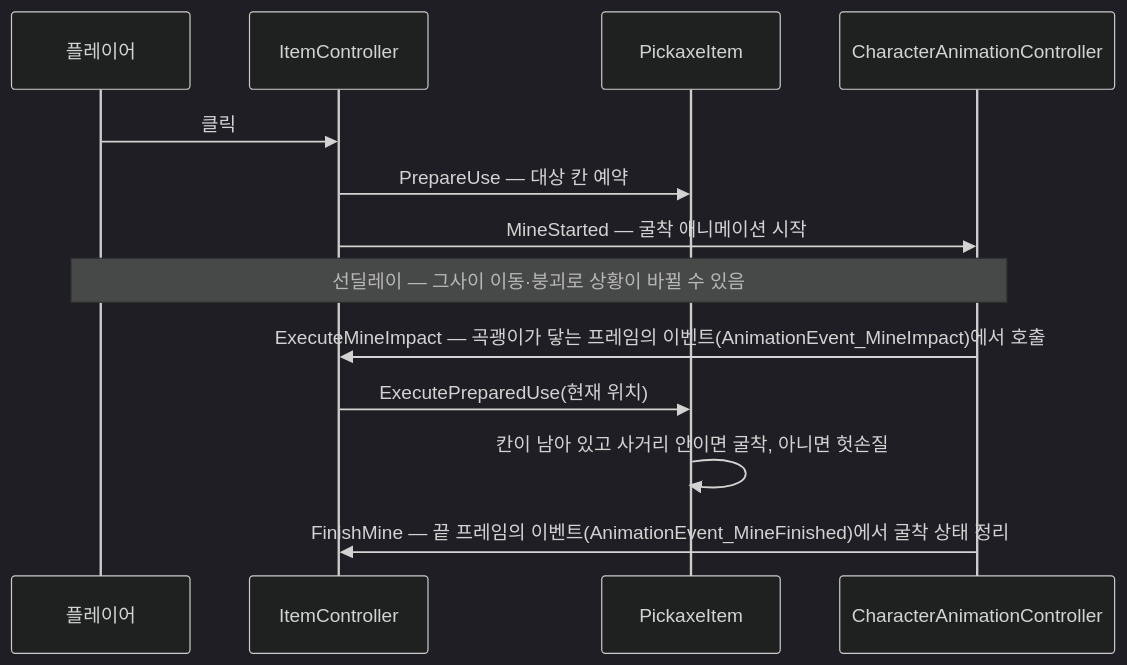
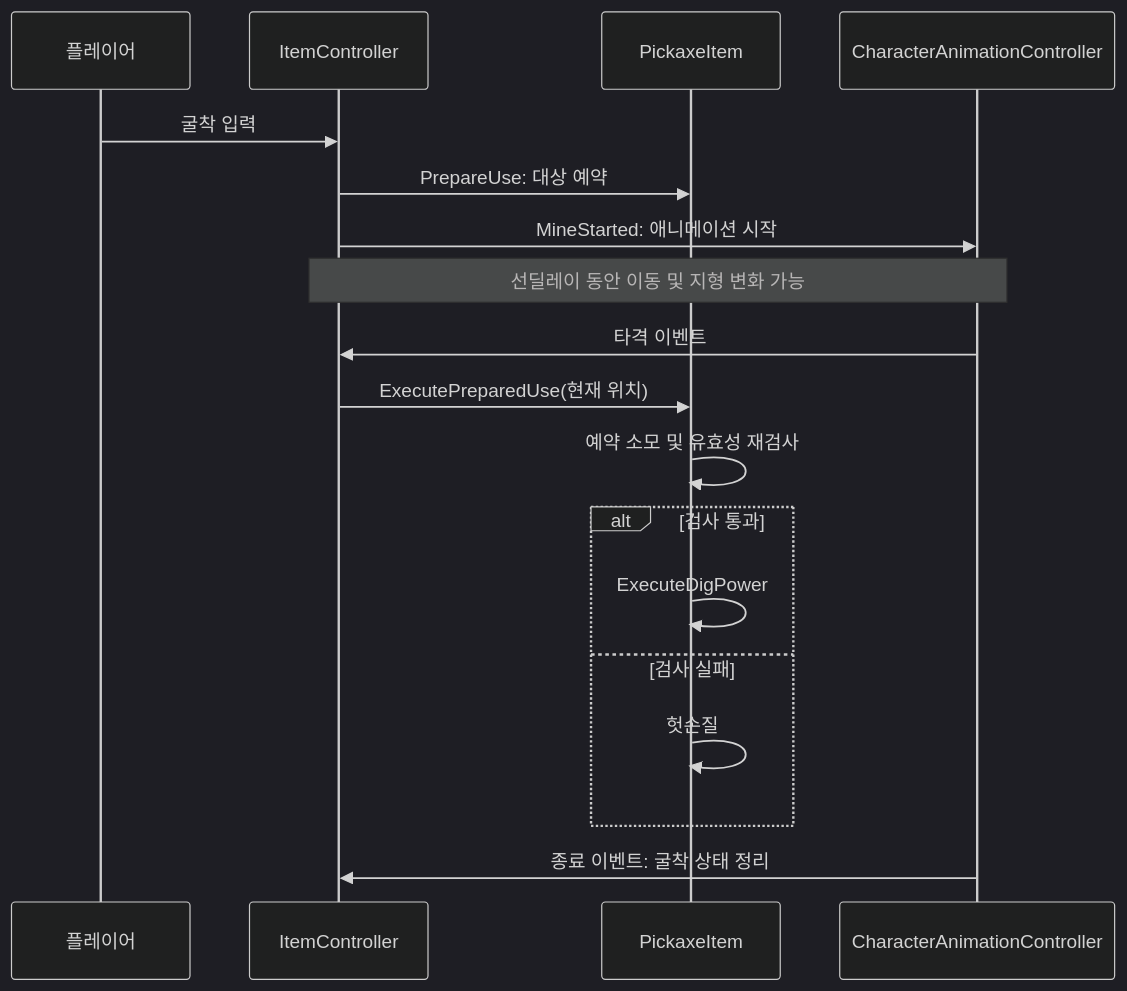
The third of 3 diagrams in src/1-folk-sack/기술문서.md (ashadeveloperr/ashadeveloperr.github.io), drawn with Mermaid (dark theme) before and after one commit. The commit also changed other lines of this file, not shown here.

````diff
--- a/src/1-folk-sack/기술문서.md
+++ b/src/1-folk-sack/기술문서.md
@@ -228,15 +121,20 @@
 ```mermaid
 sequenceDiagram
   participant P as 플레이어
   participant IC as ItemController
   participant PI as PickaxeItem
-  participant CAC as CharacterAnimationController
-  P->>IC: 클릭
-  IC->>PI: PrepareUse — 대상 칸 예약
-  IC->>CAC: MineStarted — 굴착 애니메이션 시작
-  Note over P,CAC: 선딜레이 — 그사이 이동·붕괴로 상황이 바뀔 수 있음
-  CAC->>IC: ExecuteMineImpact — 곡괭이가 닿는 프레임의 이벤트(AnimationEvent_MineImpact)에서 호출
+  participant AC as CharacterAnimationController
+  P->>IC: 굴착 입력
+  IC->>PI: PrepareUse: 대상 예약
+  IC->>AC: MineStarted: 애니메이션 시작
+  Note over IC,AC: 선딜레이 동안 이동 및 지형 변화 가능
+  AC->>IC: 타격 이벤트
   IC->>PI: ExecutePreparedUse(현재 위치)
-  PI->>PI: 칸이 남아 있고 사거리 안이면 굴착, 아니면 헛손질
-  CAC->>IC: FinishMine — 끝 프레임의 이벤트(AnimationEvent_MineFinished)에서 굴착 상태 정리
+  PI->>PI: 예약 소모 및 유효성 재검사
+  alt 검사 통과
+    PI->>PI: ExecuteDigPower
+  else 검사 실패
+    PI->>PI: 헛손질
+  end
+  AC->>IC: 종료 이벤트: 굴착 상태 정리
 ```
````
